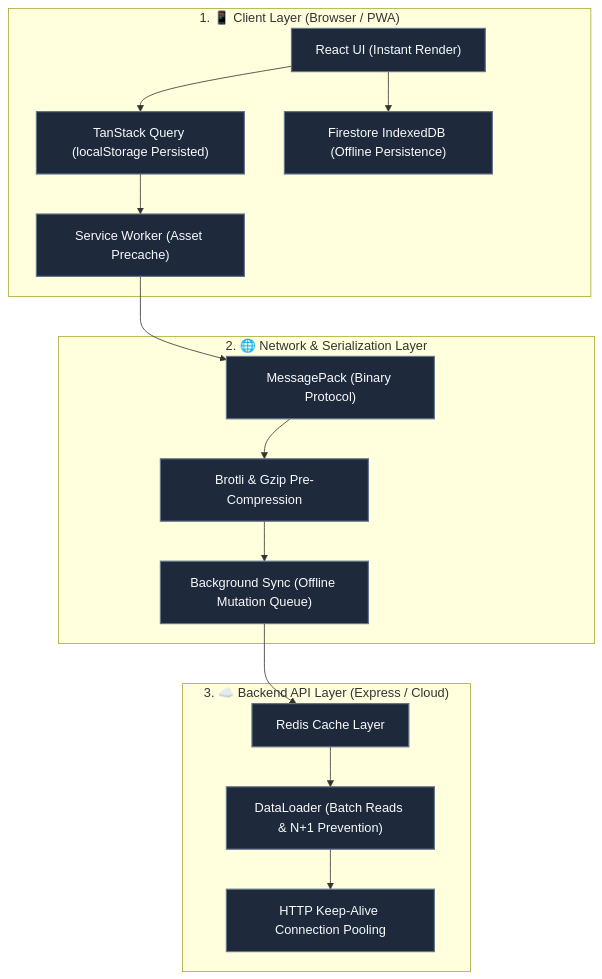
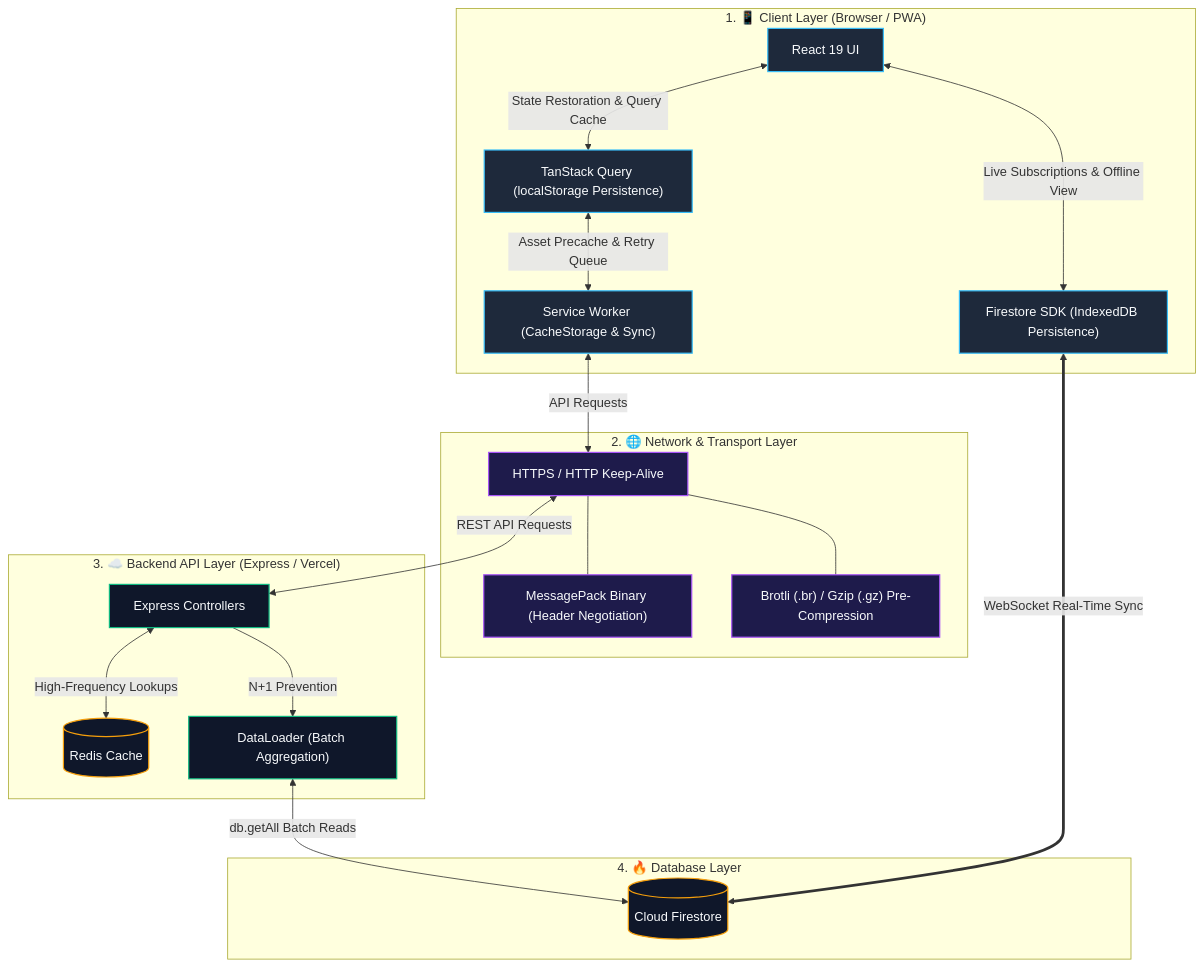
One commit to ScriptureHabit/scripture-habit changed the diagram in docs/network-performance-optimization.md. Above: the diagram before and after it, drawn with Mermaid. The commit also changed other lines of this file and 1 other file, not shown here.

Commit message:
docs: refine network performance optimization reference in JA and EN

````diff
--- a/docs/network-performance-optimization.md
+++ b/docs/network-performance-optimization.md
@@ -11,38 +11,45 @@
 ```mermaid
 flowchart TD
-    classDef nodeStyle fill:#1e293b,stroke:#64748b,stroke-width:1.5px,color:#f8fafc;
+    classDef client fill:#1e293b,stroke:#38bdf8,stroke-width:1.5px,color:#f8fafc;
+    classDef network fill:#1e1b4b,stroke:#a855f7,stroke-width:1.5px,color:#f8fafc;
+    classDef server fill:#0f172a,stroke:#10b981,stroke-width:1.5px,color:#f8fafc;
+    classDef storage fill:#0f172a,stroke:#f59e0b,stroke-width:1.5px,color:#f8fafc;
 
     subgraph Client["1. 📱 Client Layer (Browser / PWA)"]
-        UI["React UI (Instant Render)"]:::nodeStyle
-        TQuery["TanStack Query (localStorage Persisted)"]:::nodeStyle
-        IndexedDB["Firestore IndexedDB (Offline Persistence)"]:::nodeStyle
-        SW["Service Worker (Asset Precache)"]:::nodeStyle
+        UI["React 19 UI"]:::client
+        TQ["TanStack Query (localStorage Persistence)"]:::client
+        SW["Service Worker (CacheStorage & Sync)"]:::client
+        FClient["Firestore SDK (IndexedDB Persistence)"]:::client
 
-        UI --> TQuery
-        UI --> IndexedDB
-        TQuery --> SW
+        UI <-->|State Restoration & Query Cache| TQ
+        UI <-->|Live Subscriptions & Offline View| FClient
+        TQ <-->|Asset Precache & Retry Queue| SW
     end
 
-    subgraph Network["2. 🌐 Network & Serialization Layer"]
-        MsgPack["MessagePack (Binary Protocol)"]:::nodeStyle
-        Brotli["Brotli & Gzip Pre-Compression"]:::nodeStyle
-        BgSync["Background Sync (Offline Mutation Queue)"]:::nodeStyle
+    subgraph Network["2. 🌐 Network & Transport Layer"]
+        HTTP["HTTPS / HTTP Keep-Alive"]:::network
+        MsgPack["MessagePack Binary (Header Negotiation)"]:::network
+        Compression["Brotli (.br) / Gzip (.gz) Pre-Compression"]:::network
 
-        SW --> MsgPack
-        MsgPack --> Brotli
-        Brotli --> BgSync
+        SW <-->|API Requests| HTTP
+        HTTP --- MsgPack
+        HTTP --- Compression
     end
 
-    subgraph Server["3. ☁️ Backend API Layer (Express / Cloud)"]
-        RedisCache["Redis Cache Layer"]:::nodeStyle
-        DataLoader["DataLoader (Batch Reads & N+1 Prevention)"]:::nodeStyle
-        KeepAlive["HTTP Keep-Alive Connection Pooling"]:::nodeStyle
+    subgraph Server["3. ☁️ Backend API Layer (Express / Vercel)"]
+        API["Express Controllers"]:::server
+        Redis[("Redis Cache")]:::storage
+        DLoader["DataLoader (Batch Aggregation)"]:::server
 
-        BgSync --> RedisCache
-        RedisCache --> DataLoader
-        DataLoader --> KeepAlive
+        HTTP <-->|REST API Requests| API
+        API <-->|High-Frequency Lookups| Redis
+        API -->|N+1 Prevention| DLoader
     end
 
-    Client ~~~ Network
-    Network ~~~ Server
+    subgraph Database["4. 🔥 Database Layer"]
+        Firestore[("Cloud Firestore")]:::storage
+
+        DLoader <-->|db.getAll Batch Reads| Firestore
+        FClient <===>|WebSocket Real-Time Sync| Firestore
+    end
 ```
````
